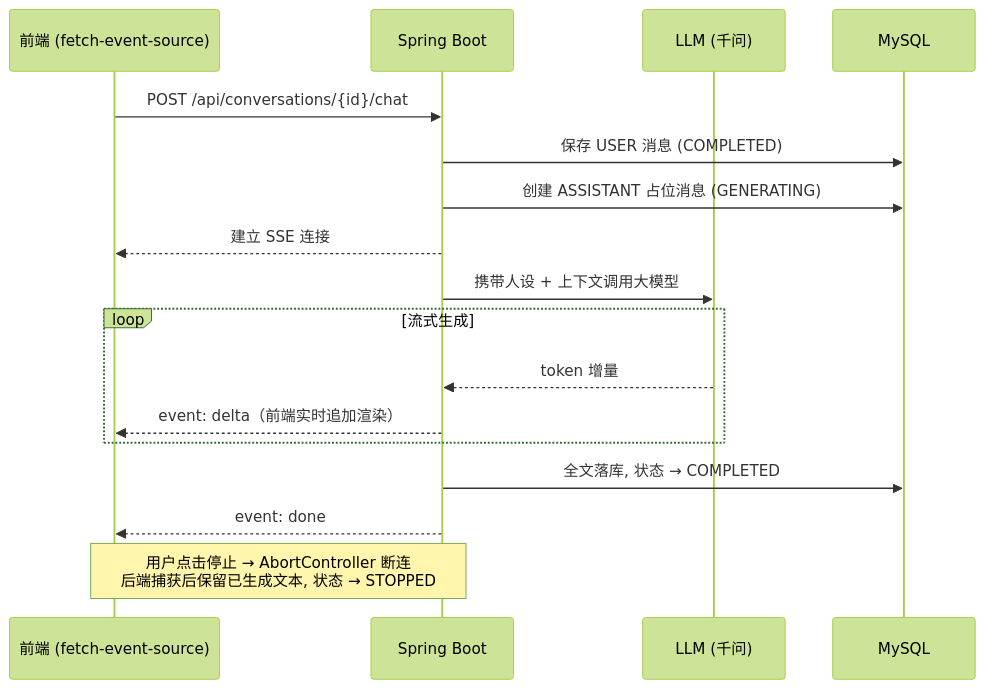
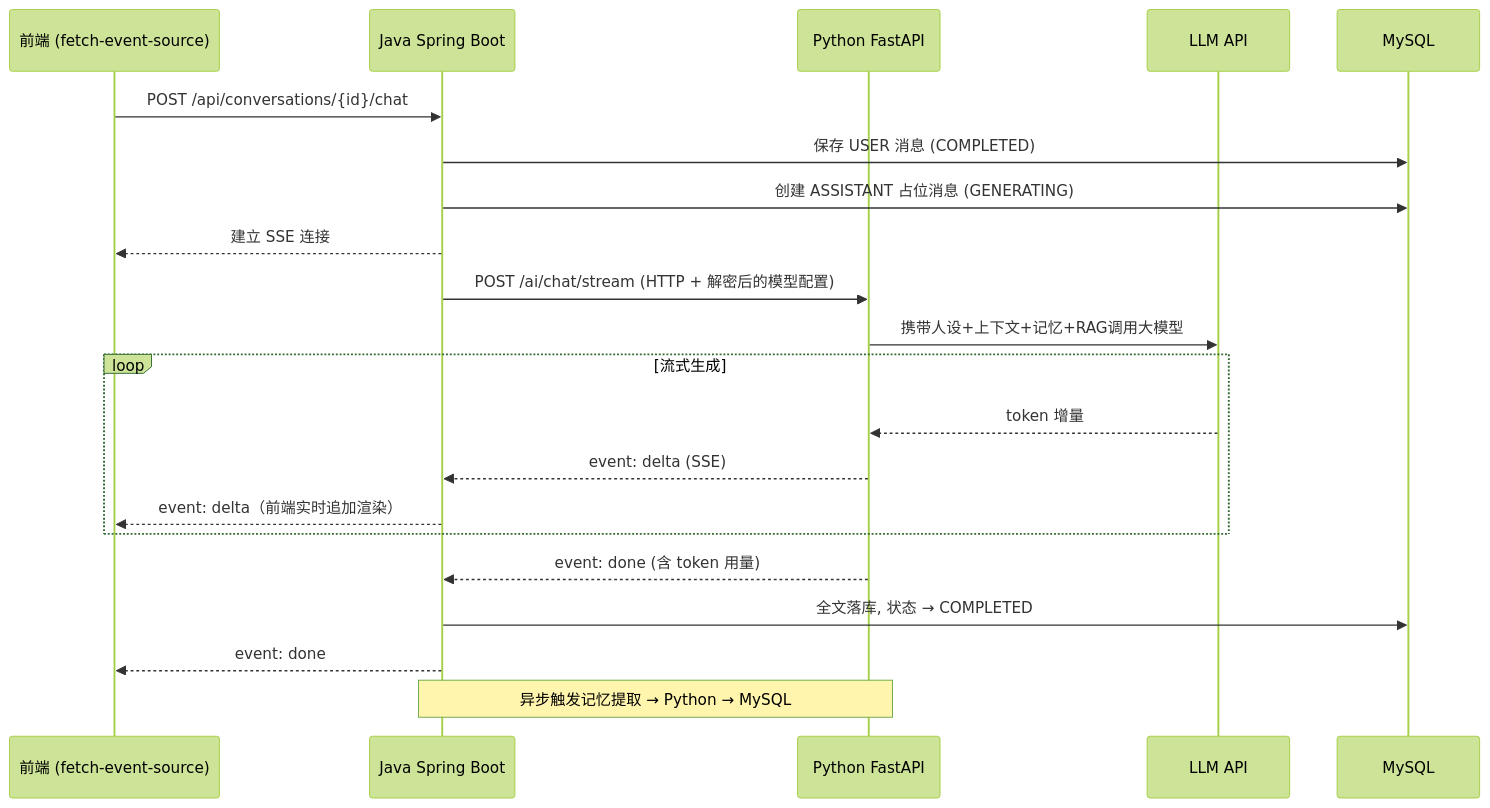
One commit to KONGBAI666666/xinyu changed the second of 4 diagrams in README.md. Above: the diagram before and after it, drawn with Mermaid (forest theme). The commit also changed other lines of this file, not shown here.

Commit message:
docs: 更新 README 反映 Java + Python 多语言架构 + gitignore 补充

````diff
--- a/README.md
+++ b/README.md
@@ -89,20 +82,24 @@
 ```mermaid
 sequenceDiagram
     participant U as 前端 (fetch-event-source)
-    participant S as Spring Boot
-    participant L as LLM (千问)
+    participant J as Java Spring Boot
+    participant P as Python FastAPI
+    participant L as LLM API
     participant D as MySQL
 
-    U->>S: POST /api/conversations/{id}/chat
-    S->>D: 保存 USER 消息 (COMPLETED)
-    S->>D: 创建 ASSISTANT 占位消息 (GENERATING)
-    S-->>U: 建立 SSE 连接
-    S->>L: 携带人设 + 上下文调用大模型
+    U->>J: POST /api/conversations/{id}/chat
+    J->>D: 保存 USER 消息 (COMPLETED)
+    J->>D: 创建 ASSISTANT 占位消息 (GENERATING)
+    J-->>U: 建立 SSE 连接
+    J->>P: POST /ai/chat/stream (HTTP + 解密后的模型配置)
+    P->>L: 携带人设+上下文+记忆+RAG调用大模型
     loop 流式生成
-        L-->>S: token 增量
-        S-->>U: event: delta（前端实时追加渲染）
+        L-->>P: token 增量
+        P-->>J: event: delta (SSE)
+        J-->>U: event: delta（前端实时追加渲染）
     end
-    S->>D: 全文落库, 状态 → COMPLETED
-    S-->>U: event: done
-    Note over U,S: 用户点击停止 → AbortController 断连<br/>后端捕获后保留已生成文本, 状态 → STOPPED
+    P-->>J: event: done (含 token 用量)
+    J->>D: 全文落库, 状态 → COMPLETED
+    J-->>U: event: done
+    Note over J,P: 异步触发记忆提取 → Python → MySQL
 ```
````
